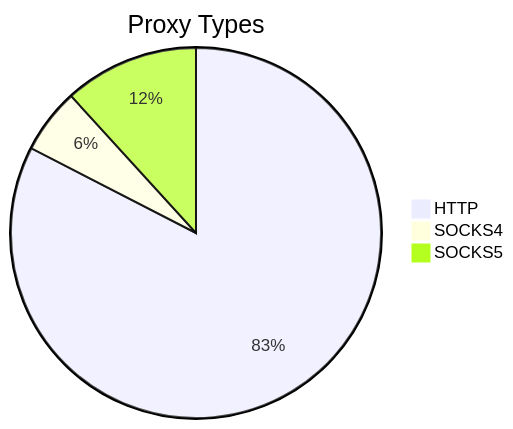
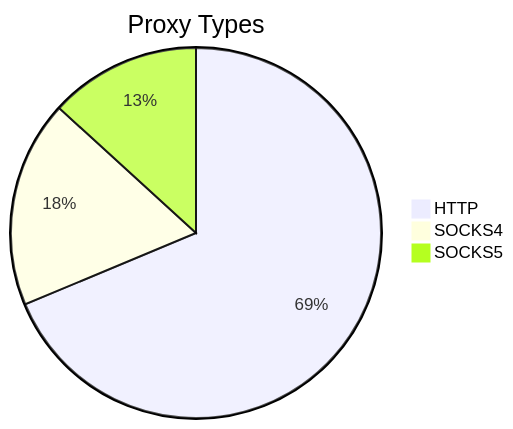
Before and after one commit to stormsia/proxy-list: the first of 2 diagrams in README.md, drawn with Mermaid. The commit also changed other lines of this file, not shown here.

````diff
--- a/README.md
+++ b/README.md
@@ -21,6 +21,6 @@
 ```mermaid
 pie title Proxy Types
-    "HTTP" : 407
-    "SOCKS4" : 28
-    "SOCKS5" : 58
+    "HTTP" : 213
+    "SOCKS4" : 56
+    "SOCKS5" : 41
 ```
````
